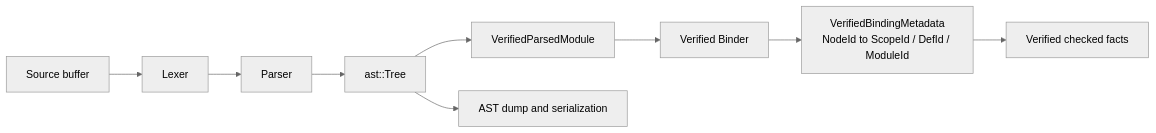
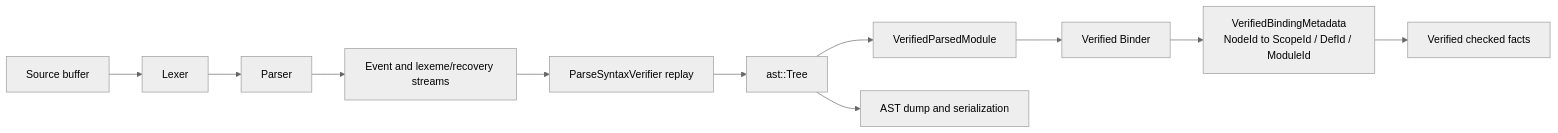
One commit to Zzzode/ZOM changed the first of 2 diagrams in docs/design/ast-data-structure.md. Above: the diagram before and after it, drawn with Mermaid (neutral theme). The commit also changed other lines of this file and 8 other files, not shown here.

````diff
--- a/docs/design/ast-data-structure.md
+++ b/docs/design/ast-data-structure.md
@@ -22,11 +26,13 @@
 ```mermaid
 flowchart LR
   Source["Source buffer"] --> Lexer["Lexer"]
   Lexer --> Parser["Parser"]
-  Parser --> Tree["ast::Tree"]
+  Parser --> Events["Event and lexeme/recovery streams"]
+  Events --> Replay["ParseSyntaxVerifier replay"]
+  Replay --> Tree["ast::Tree"]
   Tree --> Parsed["VerifiedParsedModule"]
   Parsed --> Binder["Verified Binder"]
   Binder --> Meta["VerifiedBindingMetadata<br/>NodeId to ScopeId / DefId / ModuleId"]
   Meta --> Checked["Verified checked facts"]
   Tree --> Dumps["AST dump and serialization"]
 ```
````
